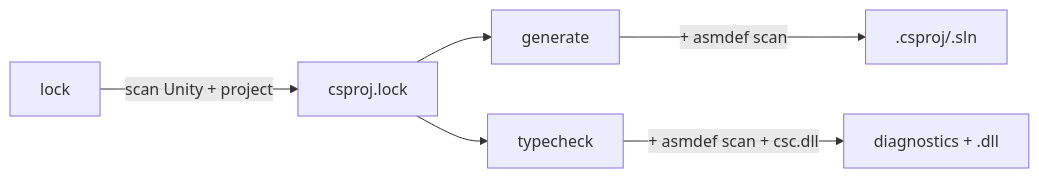
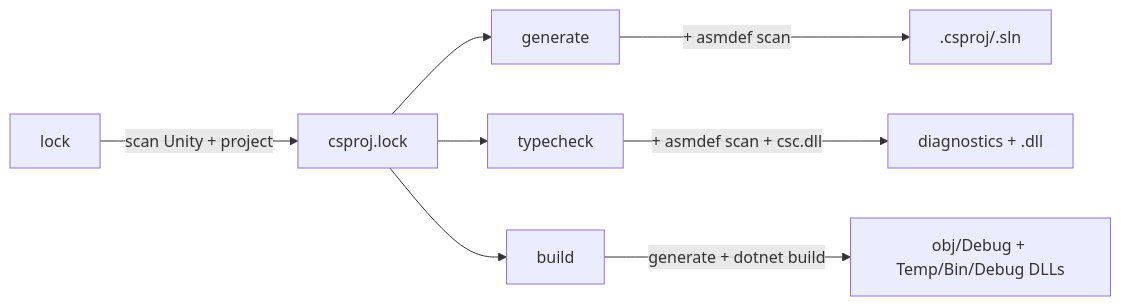
The diagram in docs/architecture.md (studio-boxcat/unity-solution-generator), drawn with Mermaid before and after one commit. The commit also changed other lines of this file and 2 other files, not shown here.

First line of the commit message:
Add `build` subcommand: generate + dotnet build

````diff
--- a/docs/architecture.md
+++ b/docs/architecture.md
@@ -53,8 +53,10 @@
 ```mermaid
 graph LR
     A[lock] -->|scan Unity + project| B[csproj.lock]
     B --> C[generate]
     B --> T[typecheck]
+    B --> X[build]
     C -->|+ asmdef scan| D[.csproj/.sln]
     T -->|+ asmdef scan + csc.dll| E[diagnostics + .dll]
+    X -->|generate + dotnet build| F[obj/Debug + Temp/Bin/Debug DLLs]
 ```
````
